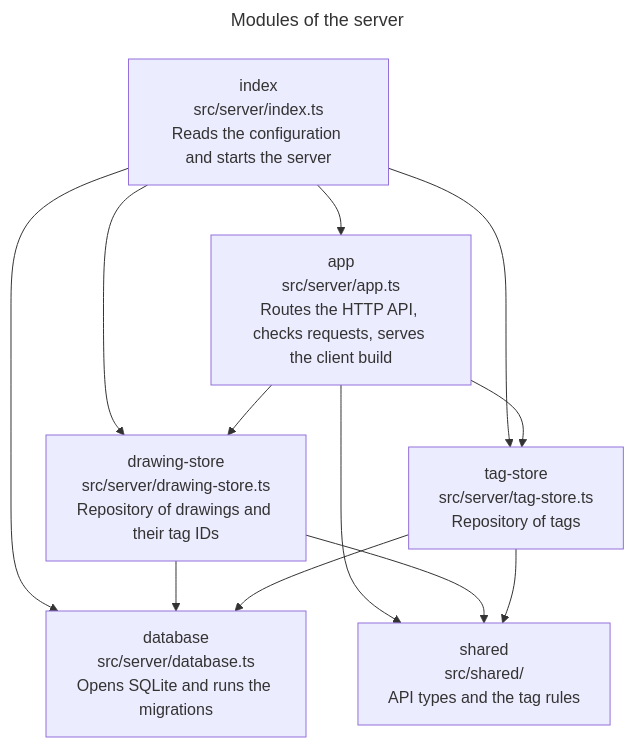
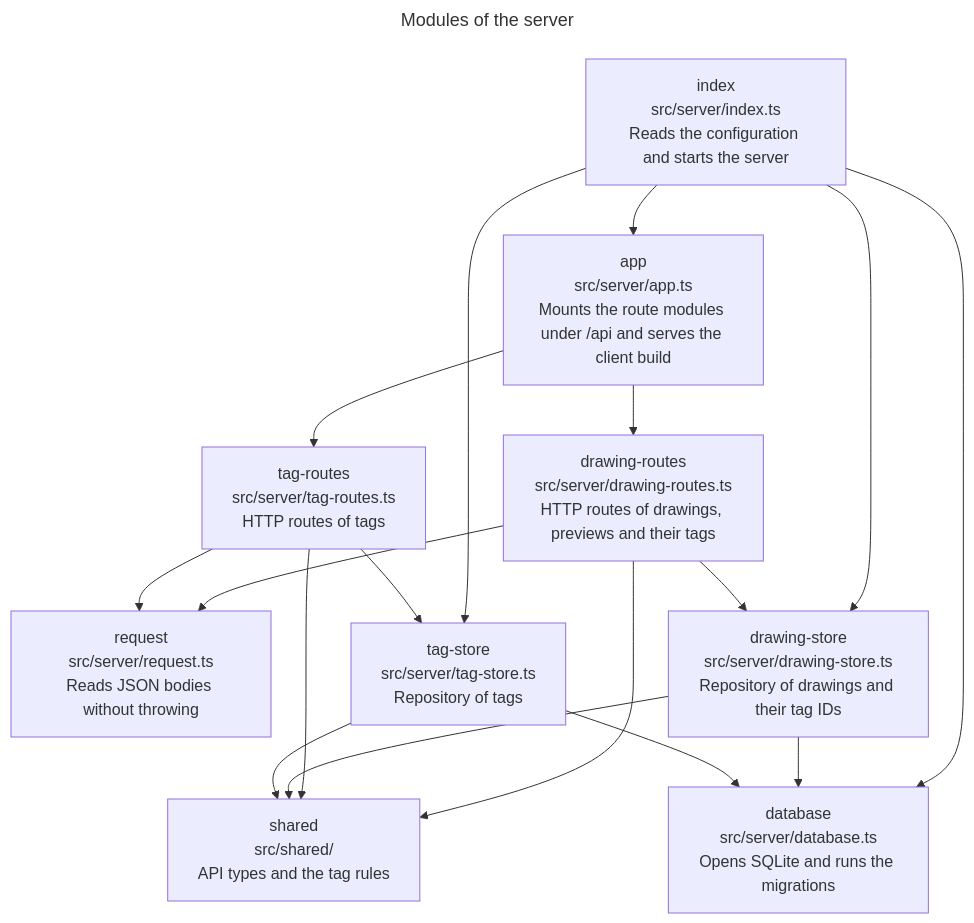
The fourth of 10 diagrams in docs/architecture/architecture.md (remshams/excalidraw-dashboard), drawn with Mermaid before and after one commit. The commit also changed other lines of this file and 1 other file, not shown here.

Commit message:
docs(Architecture): show the route modules of the server

````diff
--- a/docs/architecture/architecture.md
+++ b/docs/architecture/architecture.md
@@ -103,16 +103,21 @@
 ```mermaid
 ---
 title: Modules of the server
 ---
 flowchart TD
     index["index<br>src/server/index.ts<br>Reads the configuration and starts the server"]:::module
-    app["app<br>src/server/app.ts<br>Routes the HTTP API, checks requests, serves the client build"]:::module
+    app["app<br>src/server/app.ts<br>Mounts the route modules under /api and serves the client build"]:::module
+    drawingRoutes["drawing-routes<br>src/server/drawing-routes.ts<br>HTTP routes of drawings, previews and their tags"]:::module
+    tagRoutes["tag-routes<br>src/server/tag-routes.ts<br>HTTP routes of tags"]:::module
+    request["request<br>src/server/request.ts<br>Reads JSON bodies without throwing"]:::module
     database["database<br>src/server/database.ts<br>Opens SQLite and runs the migrations"]:::module
     store["drawing-store<br>src/server/drawing-store.ts<br>Repository of drawings and their tag IDs"]:::module
     tagStore["tag-store<br>src/server/tag-store.ts<br>Repository of tags"]:::module
     shared["shared<br>src/shared/<br>API types and the tag rules"]:::module
     index --> app & database & store & tagStore
-    app --> store & tagStore & shared
+    app --> drawingRoutes & tagRoutes
+    drawingRoutes --> request & store & shared
+    tagRoutes --> request & tagStore & shared
     store --> database & shared
     tagStore --> database & shared
 ```
````
